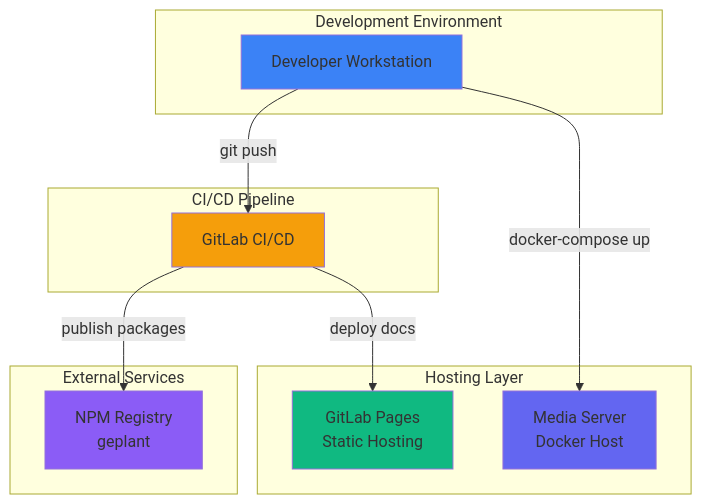
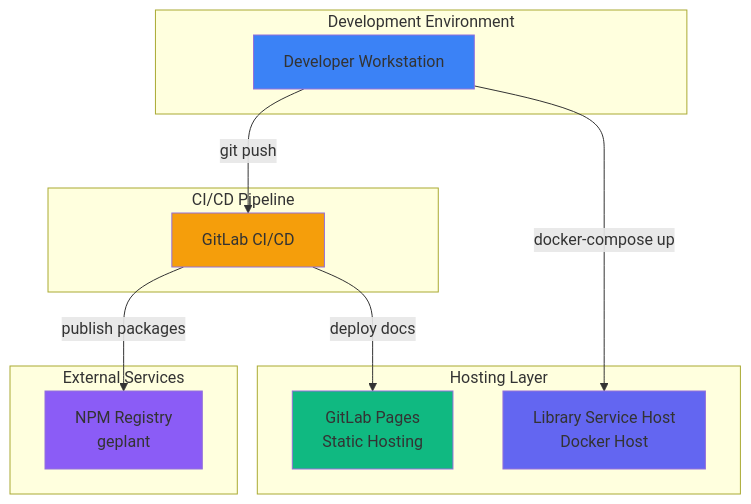
One commit to mainzcript/ujl changed the first of 12 diagrams in apps/docs/src/arc42/07-deployment-view.md. Above: the diagram before and after it, drawn with Mermaid. The commit also changed other lines of this file and 21 other files, not shown here.

Commit message:
refactor: update documentation to rename media terminology to image, clarify storage modes, and enhance consistency across architecture sections, including examples and API references

````diff
--- a/apps/docs/src/arc42/07-deployment-view.md
+++ b/apps/docs/src/arc42/07-deployment-view.md
@@ -12,30 +12,30 @@
 ```mermaid
 graph TB
     subgraph "Development Environment"
         Dev[Developer Workstation]
     end
 
     subgraph "CI/CD Pipeline"
         GitLab[GitLab CI/CD]
     end
 
     subgraph "Hosting Layer"
         Pages[GitLab Pages<br/>Static Hosting]
-        MediaServer[Media Server<br/>Docker Host]
+        LibraryServer[Library Service Host<br/>Docker Host]
     end
 
     subgraph "External Services"
         NPM[NPM Registry<br/>geplant]
     end
 
     Dev -->|git push| GitLab
     GitLab -->|deploy docs| Pages
     GitLab -->|publish packages| NPM
-    Dev -->|docker-compose up| MediaServer
+    Dev -->|docker-compose up| LibraryServer
 
     style Dev fill:#3b82f6
     style GitLab fill:#f59e0b
     style Pages fill:#10b981
-    style MediaServer fill:#6366f1
+    style LibraryServer fill:#6366f1
     style NPM fill:#8b5cf6
 ```
````
